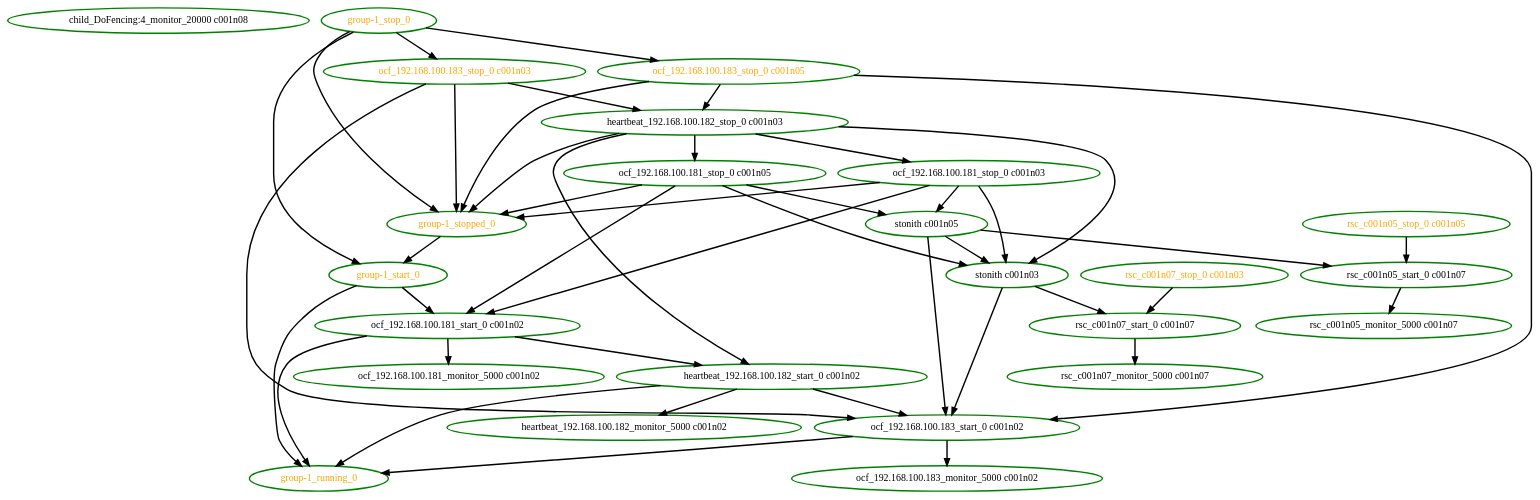
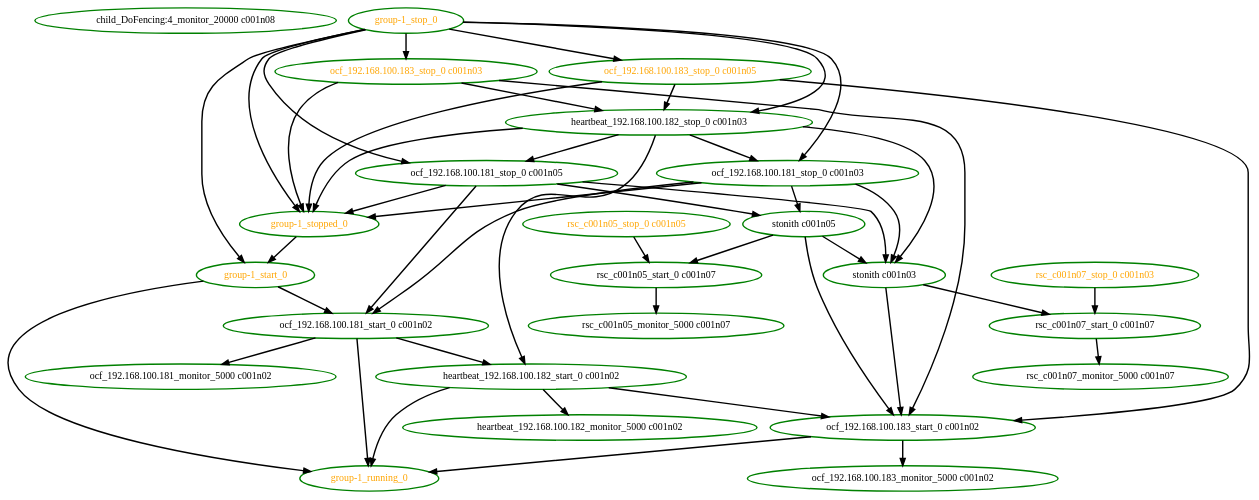
One commit to richiewen8/heartbeat changed the diagram in crm/pengine/testcases/stonith-0.dot. Above: the diagram before and after it, drawn with Graphviz. The commit also changed 36 other files, not shown here.

Commit message:
PE: Stop of a partially stopped group failed when there was only two child resources The resulting transition was unrunnable and prevented progress from being made

```diff
--- a/crm/pengine/testcases/stonith-0.dot
+++ b/crm/pengine/testcases/stonith-0.dot
@@ -1,69 +1,72 @@
  digraph "g" {
 "child_DoFencing:4_monitor_20000 c001n08" [ style=bold color="green" fontcolor="black" ]
 "group-1_running_0" [ style=bold color="green" fontcolor="orange" ]
 "group-1_start_0" -> "group-1_running_0" [ style = bold]
 "group-1_start_0" -> "ocf_192.168.100.181_start_0 c001n02" [ style = bold]
 "group-1_start_0" [ style=bold color="green" fontcolor="orange" ]
 "group-1_stop_0" -> "group-1_start_0" [ style = bold]
 "group-1_stop_0" -> "group-1_stopped_0" [ style = bold]
+"group-1_stop_0" -> "heartbeat_192.168.100.182_stop_0 c001n03" [ style = bold]
+"group-1_stop_0" -> "ocf_192.168.100.181_stop_0 c001n03" [ style = bold]
+"group-1_stop_0" -> "ocf_192.168.100.181_stop_0 c001n05" [ style = bold]
 "group-1_stop_0" -> "ocf_192.168.100.183_stop_0 c001n03" [ style = bold]
 "group-1_stop_0" -> "ocf_192.168.100.183_stop_0 c001n05" [ style = bold]
 "group-1_stop_0" [ style=bold color="green" fontcolor="orange" ]
 "group-1_stopped_0" -> "group-1_start_0" [ style = bold]
 "group-1_stopped_0" [ style=bold color="green" fontcolor="orange" ]
 "heartbeat_192.168.100.182_monitor_5000 c001n02" [ style=bold color="green" fontcolor="black" ]
 "heartbeat_192.168.100.182_start_0 c001n02" -> "group-1_running_0" [ style = bold]
 "heartbeat_192.168.100.182_start_0 c001n02" -> "heartbeat_192.168.100.182_monitor_5000 c001n02" [ style = bold]
 "heartbeat_192.168.100.182_start_0 c001n02" -> "ocf_192.168.100.183_start_0 c001n02" [ style = bold]
 "heartbeat_192.168.100.182_start_0 c001n02" [ style=bold color="green" fontcolor="black" ]
 "heartbeat_192.168.100.182_stop_0 c001n03" -> "group-1_stopped_0" [ style = bold]
 "heartbeat_192.168.100.182_stop_0 c001n03" -> "heartbeat_192.168.100.182_start_0 c001n02" [ style = bold]
 "heartbeat_192.168.100.182_stop_0 c001n03" -> "ocf_192.168.100.181_stop_0 c001n03" [ style = bold]
 "heartbeat_192.168.100.182_stop_0 c001n03" -> "ocf_192.168.100.181_stop_0 c001n05" [ style = bold]
 "heartbeat_192.168.100.182_stop_0 c001n03" -> "stonith c001n03" [ style = bold]
 "heartbeat_192.168.100.182_stop_0 c001n03" [ style=bold color="green" fontcolor="black" ]
 "ocf_192.168.100.181_monitor_5000 c001n02" [ style=bold color="green" fontcolor="black" ]
 "ocf_192.168.100.181_start_0 c001n02" -> "group-1_running_0" [ style = bold]
 "ocf_192.168.100.181_start_0 c001n02" -> "heartbeat_192.168.100.182_start_0 c001n02" [ style = bold]
 "ocf_192.168.100.181_start_0 c001n02" -> "ocf_192.168.100.181_monitor_5000 c001n02" [ style = bold]
 "ocf_192.168.100.181_start_0 c001n02" [ style=bold color="green" fontcolor="black" ]
 "ocf_192.168.100.181_stop_0 c001n03" -> "group-1_stopped_0" [ style = bold]
 "ocf_192.168.100.181_stop_0 c001n03" -> "ocf_192.168.100.181_start_0 c001n02" [ style = bold]
 "ocf_192.168.100.181_stop_0 c001n03" -> "stonith c001n03" [ style = bold]
 "ocf_192.168.100.181_stop_0 c001n03" -> "stonith c001n05" [ style = bold]
 "ocf_192.168.100.181_stop_0 c001n03" [ style=bold color="green" fontcolor="black" ]
 "ocf_192.168.100.181_stop_0 c001n05" -> "group-1_stopped_0" [ style = bold]
 "ocf_192.168.100.181_stop_0 c001n05" -> "ocf_192.168.100.181_start_0 c001n02" [ style = bold]
 "ocf_192.168.100.181_stop_0 c001n05" -> "stonith c001n03" [ style = bold]
 "ocf_192.168.100.181_stop_0 c001n05" -> "stonith c001n05" [ style = bold]
 "ocf_192.168.100.181_stop_0 c001n05" [ style=bold color="green" fontcolor="black" ]
 "ocf_192.168.100.183_monitor_5000 c001n02" [ style=bold color="green" fontcolor="black" ]
 "ocf_192.168.100.183_start_0 c001n02" -> "group-1_running_0" [ style = bold]
 "ocf_192.168.100.183_start_0 c001n02" -> "ocf_192.168.100.183_monitor_5000 c001n02" [ style = bold]
 "ocf_192.168.100.183_start_0 c001n02" [ style=bold color="green" fontcolor="black" ]
 "ocf_192.168.100.183_stop_0 c001n03" -> "group-1_stopped_0" [ style = bold]
 "ocf_192.168.100.183_stop_0 c001n03" -> "heartbeat_192.168.100.182_stop_0 c001n03" [ style = bold]
 "ocf_192.168.100.183_stop_0 c001n03" -> "ocf_192.168.100.183_start_0 c001n02" [ style = bold]
 "ocf_192.168.100.183_stop_0 c001n03" [ style=bold color="green" fontcolor="orange" ]
 "ocf_192.168.100.183_stop_0 c001n05" -> "group-1_stopped_0" [ style = bold]
 "ocf_192.168.100.183_stop_0 c001n05" -> "heartbeat_192.168.100.182_stop_0 c001n03" [ style = bold]
 "ocf_192.168.100.183_stop_0 c001n05" -> "ocf_192.168.100.183_start_0 c001n02" [ style = bold]
 "ocf_192.168.100.183_stop_0 c001n05" [ style=bold color="green" fontcolor="orange" ]
 "rsc_c001n05_monitor_5000 c001n07" [ style=bold color="green" fontcolor="black" ]
 "rsc_c001n05_start_0 c001n07" -> "rsc_c001n05_monitor_5000 c001n07" [ style = bold]
 "rsc_c001n05_start_0 c001n07" [ style=bold color="green" fontcolor="black" ]
 "rsc_c001n05_stop_0 c001n05" -> "rsc_c001n05_start_0 c001n07" [ style = bold]
 "rsc_c001n05_stop_0 c001n05" [ style=bold color="green" fontcolor="orange" ]
 "rsc_c001n07_monitor_5000 c001n07" [ style=bold color="green" fontcolor="black" ]
 "rsc_c001n07_start_0 c001n07" -> "rsc_c001n07_monitor_5000 c001n07" [ style = bold]
 "rsc_c001n07_start_0 c001n07" [ style=bold color="green" fontcolor="black" ]
 "rsc_c001n07_stop_0 c001n03" -> "rsc_c001n07_start_0 c001n07" [ style = bold]
 "rsc_c001n07_stop_0 c001n03" [ style=bold color="green" fontcolor="orange" ]
 "stonith c001n03" -> "ocf_192.168.100.183_start_0 c001n02" [ style = bold]
 "stonith c001n03" -> "rsc_c001n07_start_0 c001n07" [ style = bold]
 "stonith c001n03" [ style=bold color="green" fontcolor="black" ]
 "stonith c001n05" -> "ocf_192.168.100.183_start_0 c001n02" [ style = bold]
 "stonith c001n05" -> "rsc_c001n05_start_0 c001n07" [ style = bold]
 "stonith c001n05" -> "stonith c001n03" [ style = bold]
 "stonith c001n05" [ style=bold color="green" fontcolor="black" ]
 }
```
